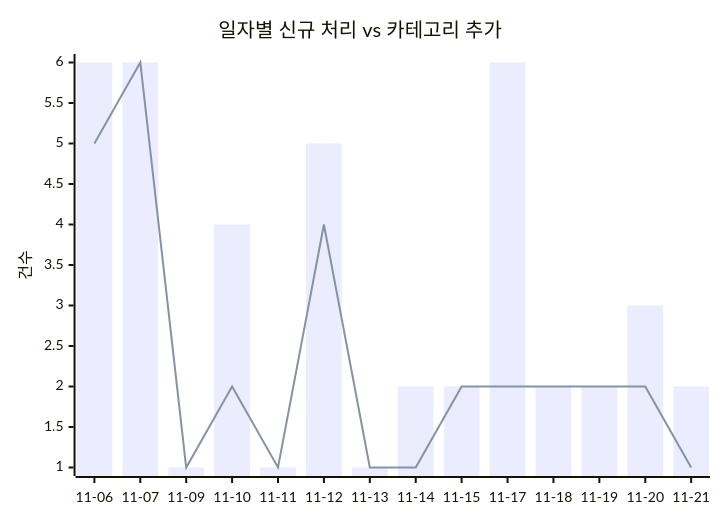
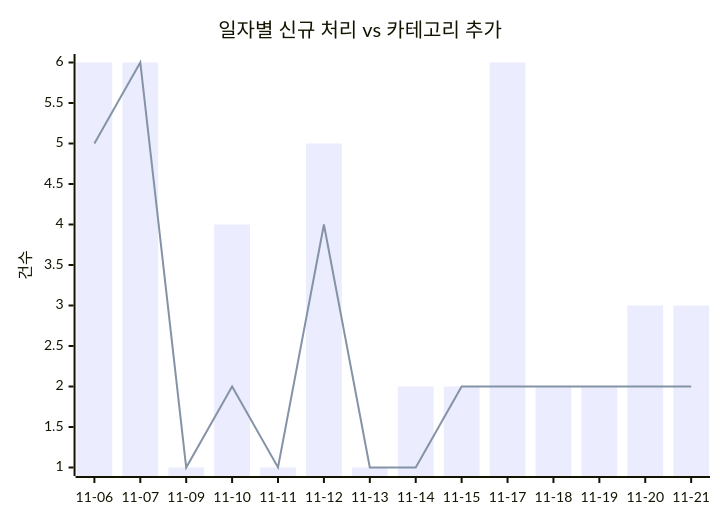
The first of 2 diagrams in docs/trends.md (J-nowcow/awesome-korean-agent-skills), drawn with Mermaid before and after one commit. The commit also changed other lines of this file and 4 other files, not shown here.

````diff
--- a/docs/trends.md
+++ b/docs/trends.md
@@ -32,8 +32,8 @@
 ```mermaid
 xychart-beta
     title "일자별 신규 처리 vs 카테고리 추가"
     x-axis ["11-06","11-07","11-09","11-10","11-11","11-12","11-13","11-14","11-15","11-17","11-18","11-19","11-20","11-21"]
     y-axis "건수"
-    bar [6,6,1,4,1,5,1,2,2,6,2,2,3,2]
-    line [5,6,1,2,1,4,1,1,2,2,2,2,2,1]
+    bar [6,6,1,4,1,5,1,2,2,6,2,2,3,3]
+    line [5,6,1,2,1,4,1,1,2,2,2,2,2,2]
 ```
````
